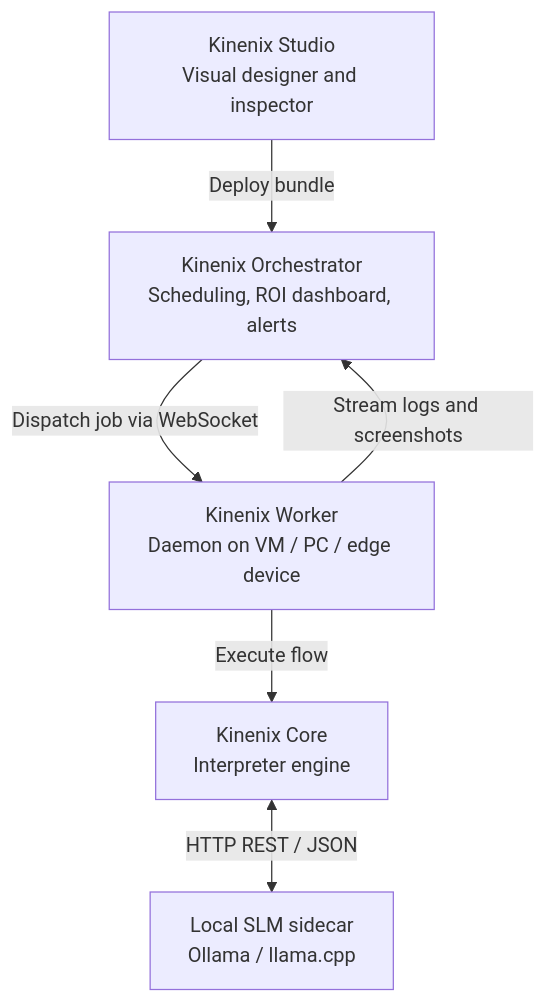
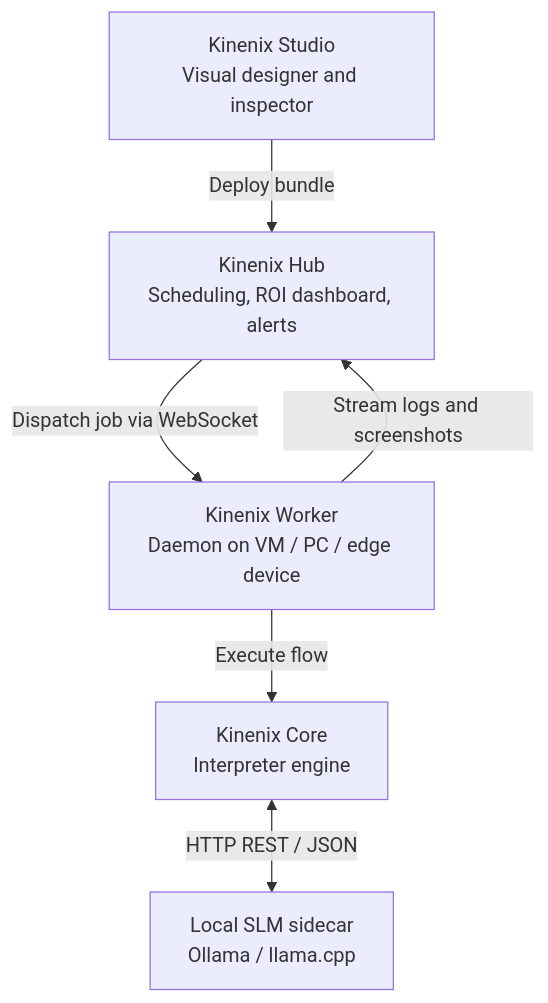
One commit to arttopix/Kinenix changed the second of 3 diagrams in docs/architecture.md. Above: the diagram before and after it, drawn with Mermaid. The commit also changed other lines of this file and 63 other files, not shown here.

First line of the commit message:
refactor!: rename kinenix-orchestrator to kinenix-hub

````diff
--- a/docs/architecture.md
+++ b/docs/architecture.md
@@ -44,8 +44,8 @@
 ```mermaid
 graph TD
-    Studio["Kinenix Studio<br>Visual designer and inspector"] -->|Deploy bundle| Orchestrator["Kinenix Orchestrator<br>Scheduling, ROI dashboard, alerts"]
-    Orchestrator -->|Dispatch job via WebSocket| Worker["Kinenix Worker<br>Daemon on VM / PC / edge device"]
+    Studio["Kinenix Studio<br>Visual designer and inspector"] -->|Deploy bundle| Hub["Kinenix Hub<br>Scheduling, ROI dashboard, alerts"]
+    Hub -->|Dispatch job via WebSocket| Worker["Kinenix Worker<br>Daemon on VM / PC / edge device"]
     Worker -->|Execute flow| Core["Kinenix Core<br>Interpreter engine"]
     Core <-->|HTTP REST / JSON| AI["Local SLM sidecar<br>Ollama / llama.cpp"]
-    Worker -->|Stream logs and screenshots| Orchestrator
+    Worker -->|Stream logs and screenshots| Hub
 ```
````
